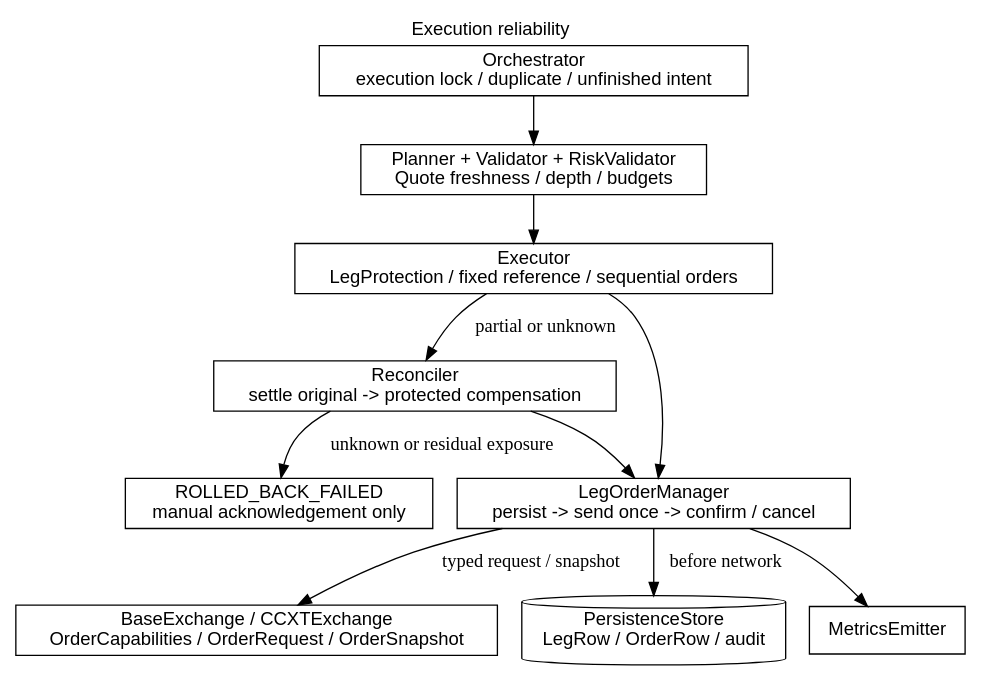
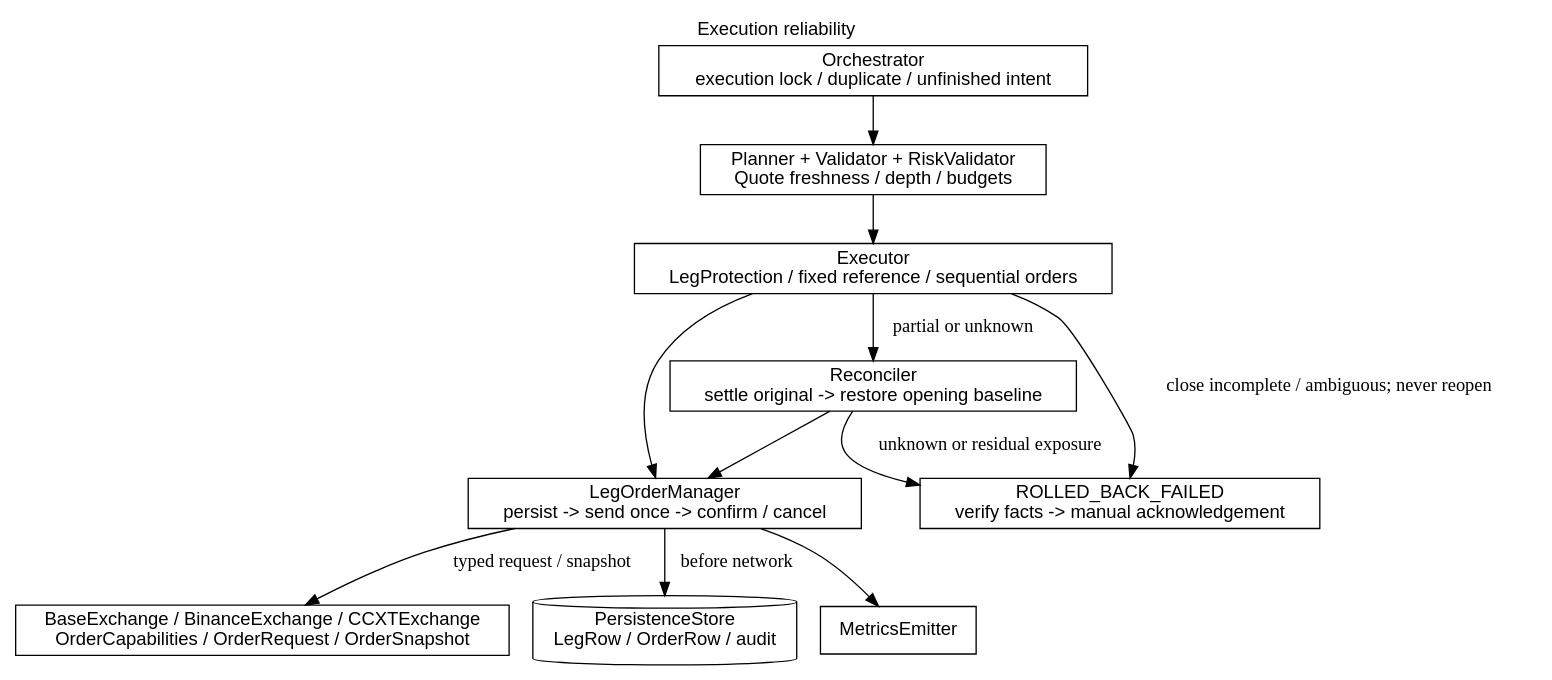
The diagram in docs/assets/base-execution-reliability.dot (0xkayne/OmniTrade), drawn with Graphviz before and after one commit. The commit also changed 40 other files, not shown here.

```diff
--- a/docs/assets/base-execution-reliability.dot
+++ b/docs/assets/base-execution-reliability.dot
@@ -1,21 +1,22 @@
 digraph execution_reliability {
   graph [rankdir=TB, fontname="Helvetica", label="Execution reliability", labelloc=t];
   node [shape=box, fontname="Helvetica"];
   entry [label="Orchestrator\nexecution lock / duplicate / unfinished intent"];
   planner [label="Planner + Validator + RiskValidator\nQuote freshness / depth / budgets"];
   executor [label="Executor\nLegProtection / fixed reference / sequential orders"];
-  reconciler [label="Reconciler\nsettle original -> protected compensation"];
+  reconciler [label="Reconciler\nsettle original -> restore opening baseline"];
   manager [label="LegOrderManager\npersist -> send once -> confirm / cancel"];
-  exchange [label="BaseExchange / CCXTExchange\nOrderCapabilities / OrderRequest / OrderSnapshot"];
+  exchange [label="BaseExchange / BinanceExchange / CCXTExchange\nOrderCapabilities / OrderRequest / OrderSnapshot"];
   store [shape=cylinder, label="PersistenceStore\nLegRow / OrderRow / audit"];
   metrics [label="MetricsEmitter"];
-  manual [label="ROLLED_BACK_FAILED\nmanual acknowledgement only"];
+  manual [label="ROLLED_BACK_FAILED\nverify facts -> manual acknowledgement"];
   entry -> planner -> executor;
   executor -> reconciler [label="partial or unknown"];
+  executor -> manual [label="close incomplete / ambiguous; never reopen"];
   executor -> manager;
   reconciler -> manager;
   manager -> store [label="before network"];
   manager -> exchange [label="typed request / snapshot"];
   manager -> metrics;
   reconciler -> manual [label="unknown or residual exposure"];
 }
```
